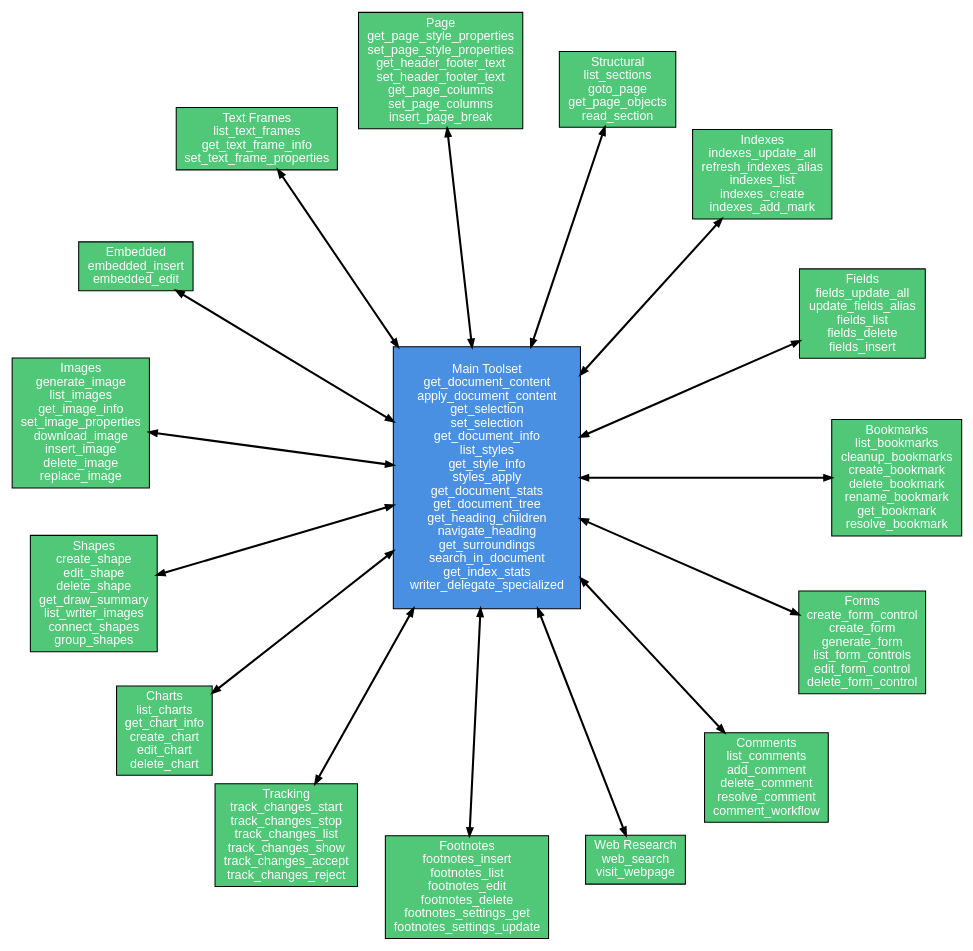
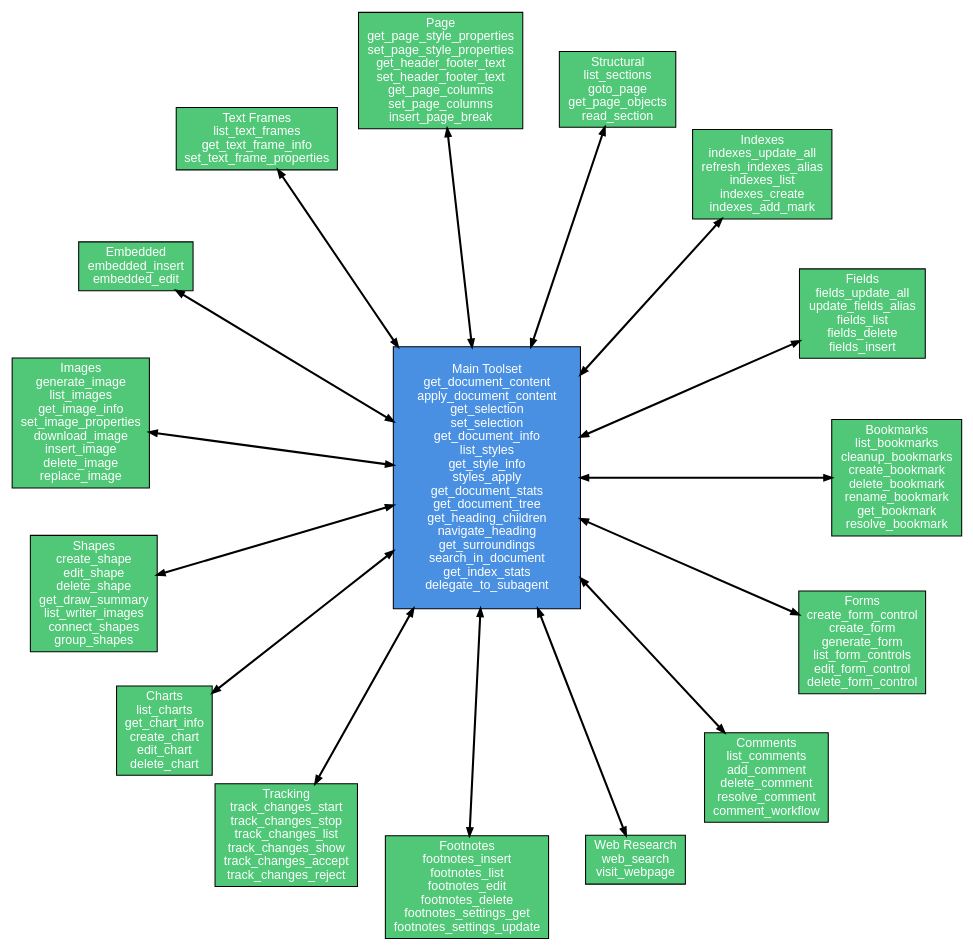
The diagram in scripts/writer_tools_circular_hires.dot (KeithCu/writeragent), drawn with Graphviz before and after one commit. The commit also changed 89 other files, not shown here.

```diff
--- a/scripts/writer_tools_circular_hires.dot
+++ b/scripts/writer_tools_circular_hires.dot
@@ -1,77 +1,77 @@
 digraph WriterTools {
     // Use circo engine for circular layout
     layout=circo;
     overlap=false;
     splines=true;
     
     node [shape=box, style=filled, fontname="Arial", fontsize=12];
     edge [arrowsize=0.7, penwidth=2.0];
     
     // Main Toolset - Center with blue fill
-    MainTools [label="Main Toolset\nget_document_content\napply_document_content\nget_selection\nset_selection\nget_document_info\nlist_styles\nget_style_info\nstyles_apply\nget_document_stats\nget_document_tree\nget_heading_children\nnavigate_heading\nget_surroundings\nsearch_in_document\nget_index_stats\nwriter_delegate_specialized", 
+    MainTools [label="Main Toolset\nget_document_content\napply_document_content\nget_selection\nset_selection\nget_document_info\nlist_styles\nget_style_info\nstyles_apply\nget_document_stats\nget_document_tree\nget_heading_children\nnavigate_heading\nget_surroundings\nsearch_in_document\nget_index_stats\ndelegate_to_subagent", 
                fillcolor="#4a90e2", fontcolor="white", 
                width=2.5, height=3.5, fixedsize=true];
     
     // Specialized Tools - Arrange in circle
     BookmarksTools [label="Bookmarks\nlist_bookmarks\ncleanup_bookmarks\ncreate_bookmark\ndelete_bookmark\nrename_bookmark\nget_bookmark\nresolve_bookmark", 
                    fillcolor="#50c878", fontcolor="white"];
     
     FieldsTools [label="Fields\nfields_update_all\nupdate_fields_alias\nfields_list\nfields_delete\nfields_insert", 
                 fillcolor="#50c878", fontcolor="white"];
     
     IndexesTools [label="Indexes\nindexes_update_all\nrefresh_indexes_alias\nindexes_list\nindexes_create\nindexes_add_mark", 
                  fillcolor="#50c878", fontcolor="white"];
     
     StructuralTools [label="Structural\nlist_sections\ngoto_page\nget_page_objects\nread_section", 
                      fillcolor="#50c878", fontcolor="white"];
     
     PageTools [label="Page\nget_page_style_properties\nset_page_style_properties\nget_header_footer_text\nset_header_footer_text\nget_page_columns\nset_page_columns\ninsert_page_break", 
               fillcolor="#50c878", fontcolor="white"];
     
     TextFramesTools [label="Text Frames\nlist_text_frames\nget_text_frame_info\nset_text_frame_properties", 
                      fillcolor="#50c878", fontcolor="white"];
     
     EmbeddedTools [label="Embedded\nembedded_insert\nembedded_edit", 
                   fillcolor="#50c878", fontcolor="white"];
     
     ImagesTools [label="Images\ngenerate_image\nlist_images\nget_image_info\nset_image_properties\ndownload_image\ninsert_image\ndelete_image\nreplace_image", 
                 fillcolor="#50c878", fontcolor="white"];
     
     ShapesTools [label="Shapes\ncreate_shape\nedit_shape\ndelete_shape\nget_draw_summary\nlist_writer_images\nconnect_shapes\ngroup_shapes", 
                 fillcolor="#50c878", fontcolor="white"];
     
     ChartsTools [label="Charts\nlist_charts\nget_chart_info\ncreate_chart\nedit_chart\ndelete_chart", 
                 fillcolor="#50c878", fontcolor="white"];
     
     TrackingTools [label="Tracking\ntrack_changes_start\ntrack_changes_stop\ntrack_changes_list\ntrack_changes_show\ntrack_changes_accept\ntrack_changes_reject", 
                    fillcolor="#50c878", fontcolor="white"];
     
     FootnotesTools [label="Footnotes\nfootnotes_insert\nfootnotes_list\nfootnotes_edit\nfootnotes_delete\nfootnotes_settings_get\nfootnotes_settings_update", 
                    fillcolor="#50c878", fontcolor="white"];
     
     WebResearchTools [label="Web Research\nweb_search\nvisit_webpage", 
                      fillcolor="#50c878", fontcolor="white"];
     
     CommentsTools [label="Comments\nlist_comments\nadd_comment\ndelete_comment\nresolve_comment\ncomment_workflow", 
                   fillcolor="#50c878", fontcolor="white"];
     
     FormsTools [label="Forms\ncreate_form_control\ncreate_form\ngenerate_form\nlist_form_controls\nedit_form_control\ndelete_form_control", 
                fillcolor="#50c878", fontcolor="white"];
     
     // Connections - Star pattern from center
     MainTools -> BookmarksTools [dir=both];
     MainTools -> FieldsTools [dir=both];
     MainTools -> IndexesTools [dir=both];
     MainTools -> StructuralTools [dir=both];
     MainTools -> PageTools [dir=both];
     MainTools -> TextFramesTools [dir=both];
     MainTools -> EmbeddedTools [dir=both];
     MainTools -> ImagesTools [dir=both];
     MainTools -> ShapesTools [dir=both];
     MainTools -> ChartsTools [dir=both];
     MainTools -> TrackingTools [dir=both];
     MainTools -> FootnotesTools [dir=both];
     MainTools -> WebResearchTools [dir=both];
     MainTools -> CommentsTools [dir=both];
     MainTools -> FormsTools [dir=both];
 }
```
